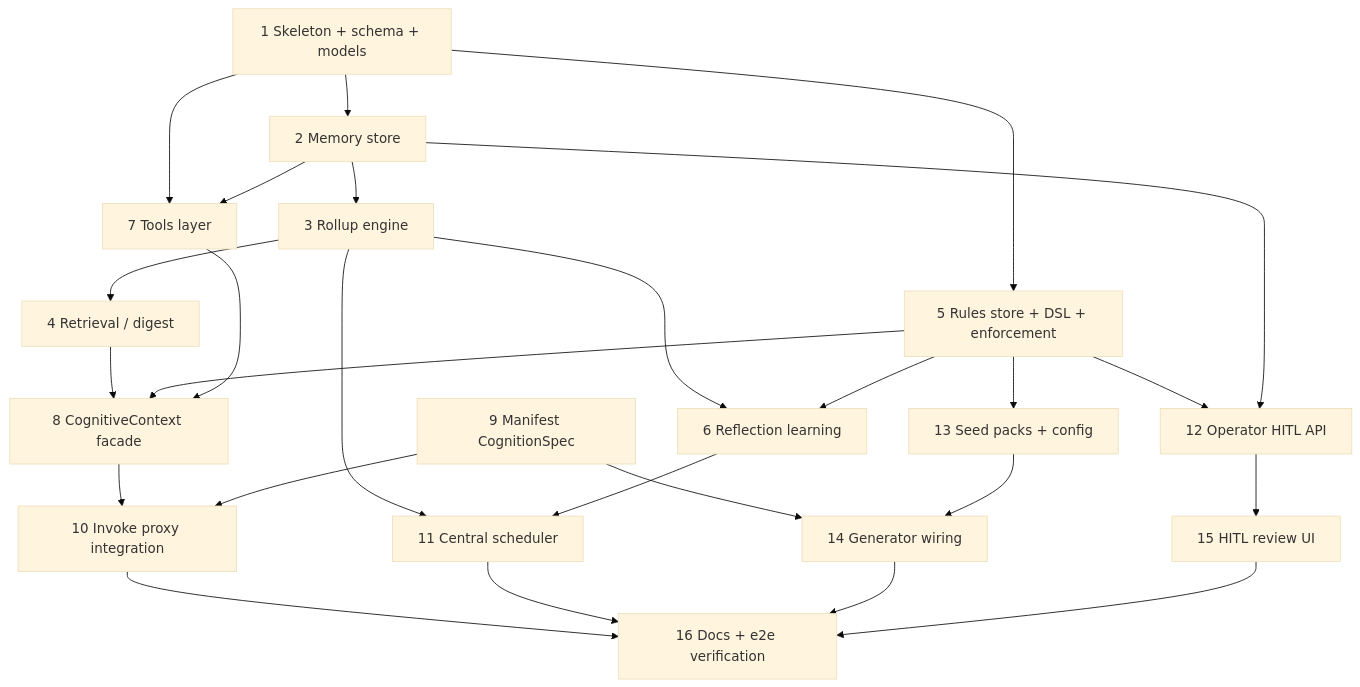
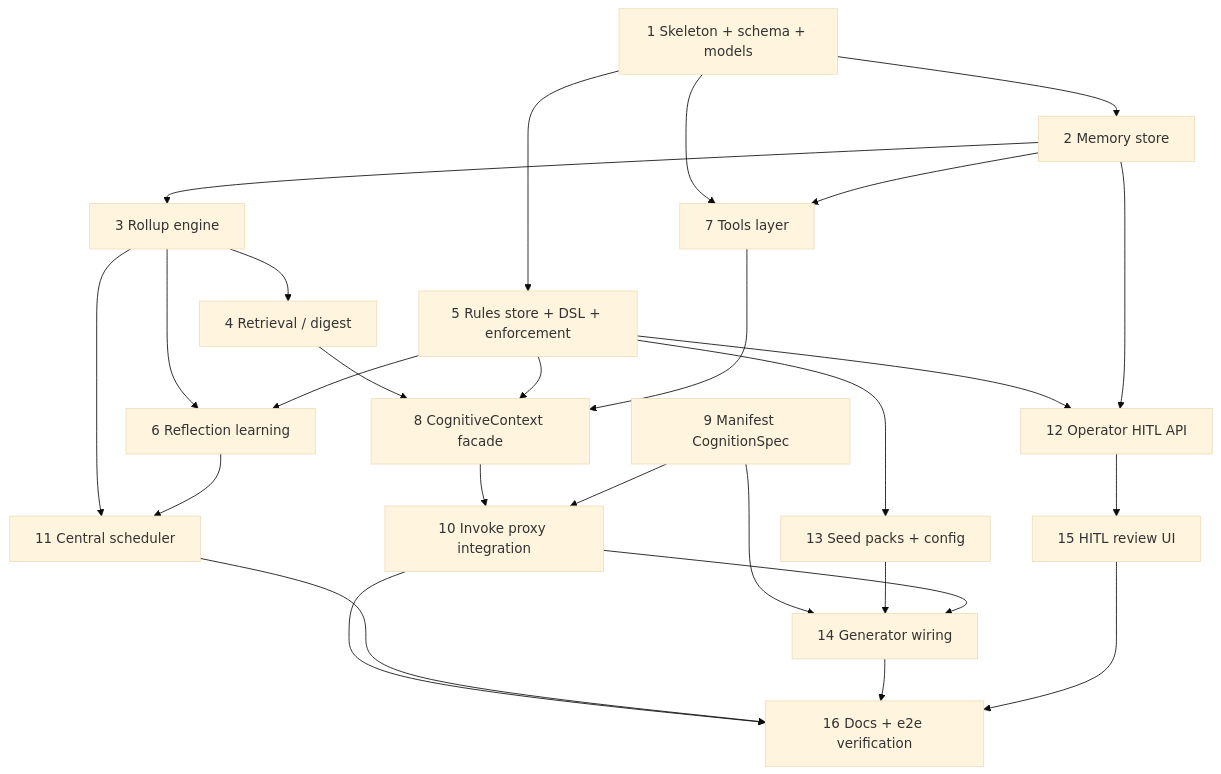
One commit to brandonkindred/Khala-Agentic-AI-Teams changed the diagram in backend/agents/agent_cognition/IMPLEMENTATION_PLAN.md. Above: the diagram before and after it, drawn with Mermaid (base theme). The commit also changed other lines of this file and 1 other file, not shown here.

````diff
--- a/backend/agents/agent_cognition/IMPLEMENTATION_PLAN.md
+++ b/backend/agents/agent_cognition/IMPLEMENTATION_PLAN.md
@@ -11,28 +11,29 @@
 ```mermaid
 flowchart TB
   S1[1 Skeleton + schema + models] --> S2[2 Memory store]
   S2 --> S3[3 Rollup engine]
   S3 --> S4[4 Retrieval / digest]
   S1 --> S5[5 Rules store + DSL + enforcement]
   S3 --> S6[6 Reflection learning]
   S5 --> S6
   S1 --> S7[7 Tools layer]
   S2 --> S7
   S4 --> S8[8 CognitiveContext facade]
   S5 --> S8
   S7 --> S8
   S8 --> S10[10 Invoke proxy integration]
   S9[9 Manifest CognitionSpec] --> S10
   S3 --> S11[11 Central scheduler]
   S6 --> S11
   S5 --> S12[12 Operator HITL API]
   S2 --> S12
   S5 --> S13[13 Seed packs + config]
   S9 --> S14[14 Generator wiring]
   S13 --> S14
+  S10 --> S14
   S12 --> S15[15 HITL review UI]
   S10 --> S16[16 Docs + e2e verification]
   S11 --> S16
   S14 --> S16
   S15 --> S16
 ```
````
